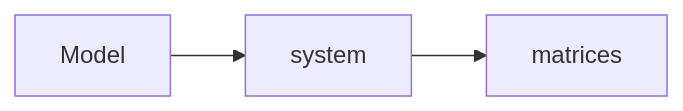
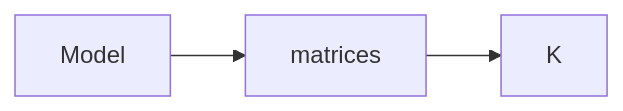
Diagram 12 of 18 in docs/source/api/result_api.rst (airinnova/framat), drawn with Mermaid before and after one commit. The commit also changed other lines of this file and 3 other files, not shown here.

```diff
--- a/docs/source/api/result_api.rst
+++ b/docs/source/api/result_api.rst
@@ -412,6 +456,6 @@
 .. mermaid::
 
     graph LR
     A[Model]
-    A --> F1[system] 
-    F1 --> P1[matrices] 
+    A --> F1[matrices] 
+    F1 --> P1[K] 
```
